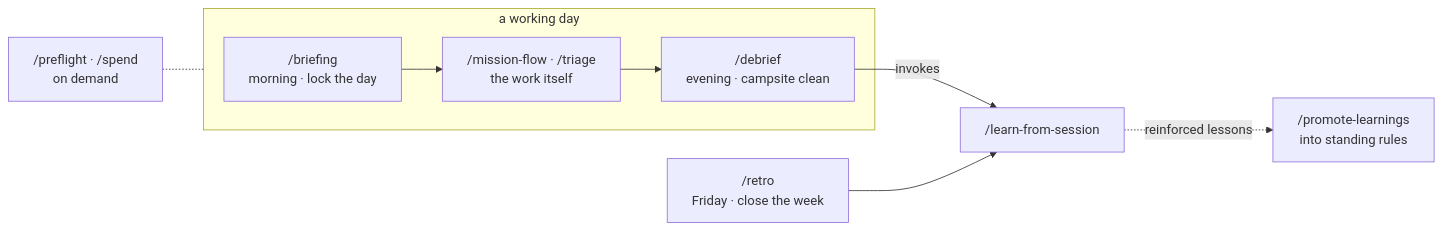
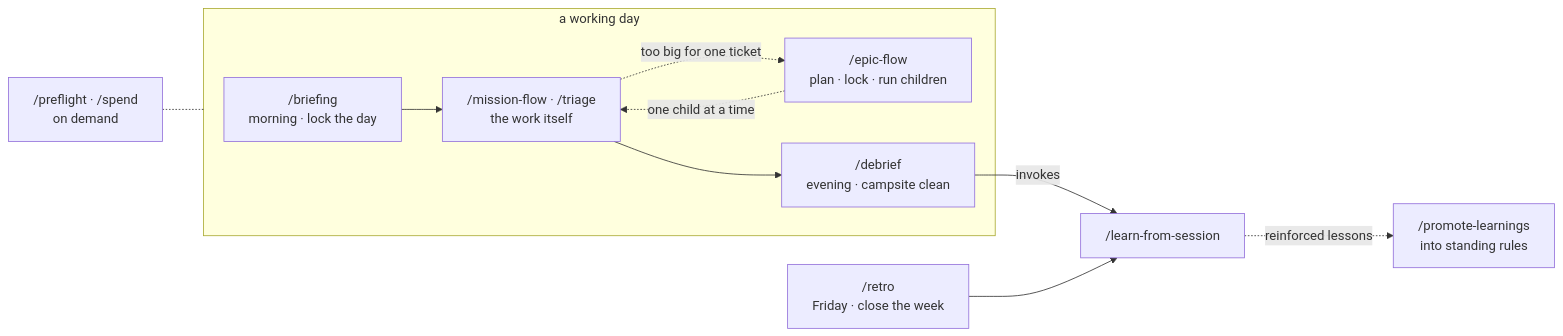
Before and after one commit to sultanassi95/mission-control: the diagram in .claude/skills/README.md, drawn with Mermaid. The commit also changed other lines of this file and 22 other files, not shown here.

````diff
--- a/.claude/skills/README.md
+++ b/.claude/skills/README.md
@@ -3,11 +3,13 @@
 ```mermaid
 flowchart LR
   subgraph DAY["a working day"]
     B["/briefing<br/>morning · lock the day"] --> W["/mission-flow · /triage<br/>the work itself"]
+    W -.->|too big for one ticket| E["/epic-flow<br/>plan · lock · run children"]
+    E -.->|one child at a time| W
     W --> D["/debrief<br/>evening · campsite clean"]
   end
   D -->|invokes| LS["/learn-from-session"]
   R["/retro<br/>Friday · close the week"] --> LS
   LS -.->|reinforced lessons| PL["/promote-learnings<br/>into standing rules"]
   P["/preflight · /spend<br/>on demand"] -.- DAY
 ```
````
